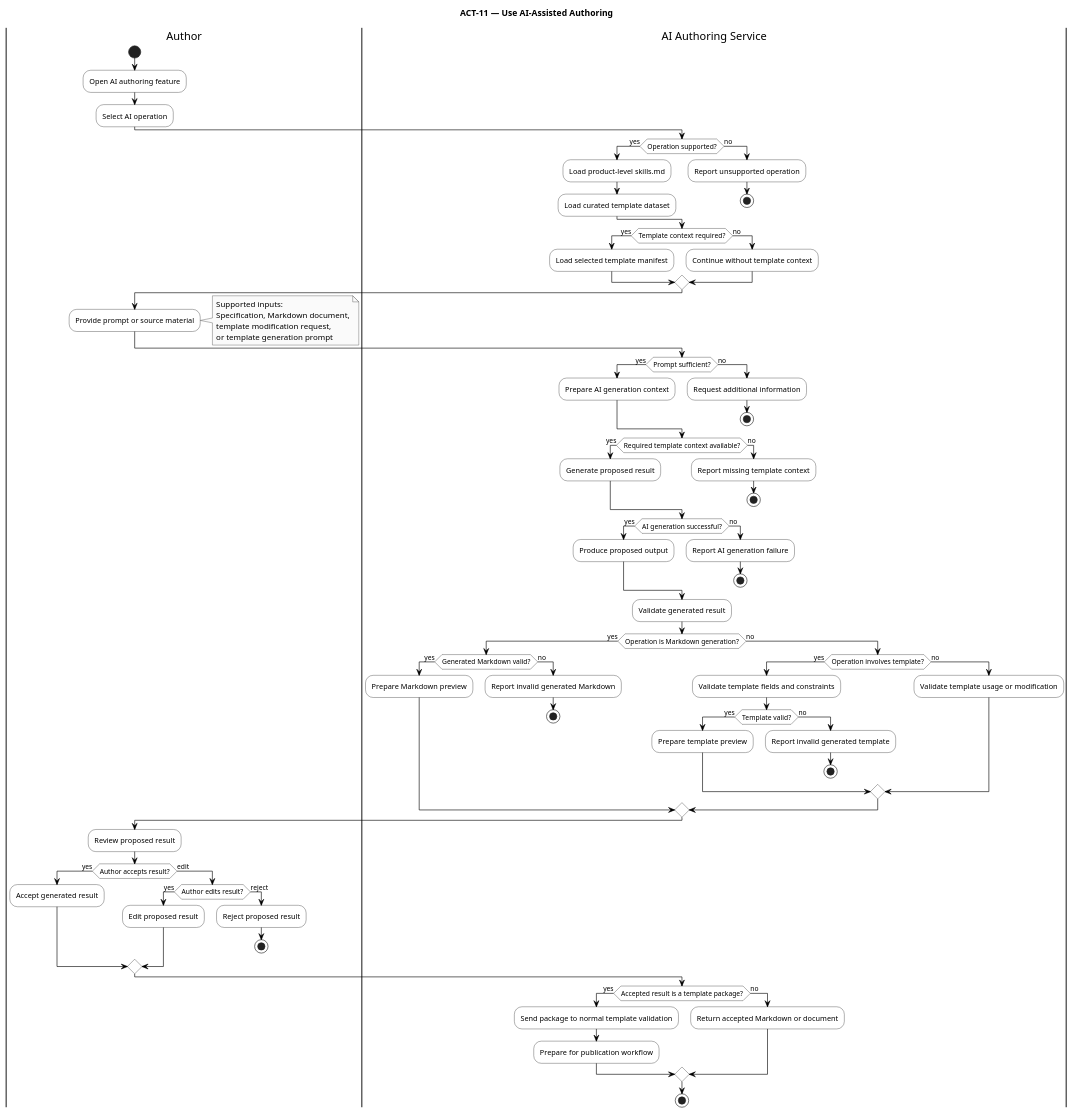
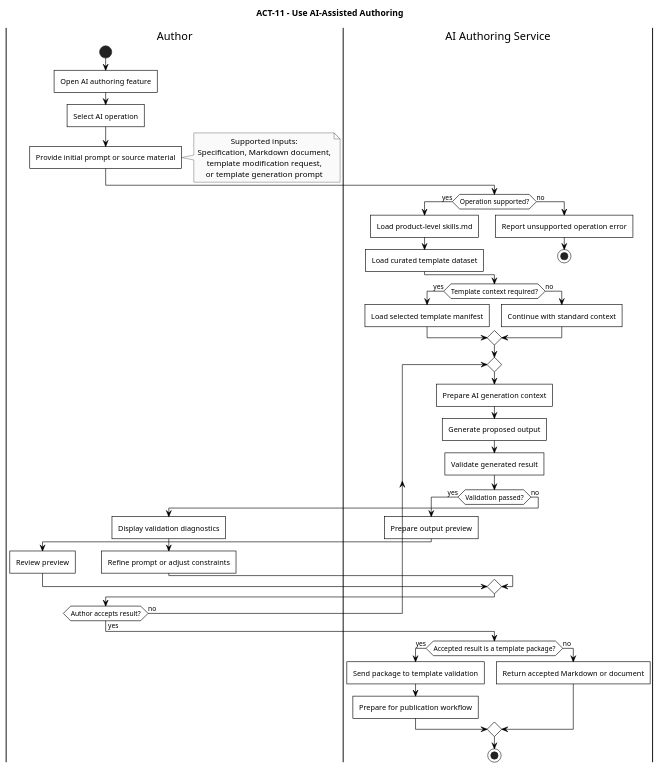
The diagram in diagrams/puml/activity/11-ai-authoring.puml (Litho-MD/uet-fyp-docs), drawn with PlantUML before and after one commit. The commit also changed 15 other files, not shown here.

Commit message:
feat(diagrams): harmonize AI authoring, security review, and MCP diagrams with diamond loops, clean exits, and sequence modeling

```diff
--- a/diagrams/puml/activity/11-ai-authoring.puml
+++ b/diagrams/puml/activity/11-ai-authoring.puml
@@ -1,112 +1,73 @@
 @startuml
-title ACT-11 — Use AI-Assisted Authoring
+title ACT-11 - Use AI-Assisted Authoring
 
 skinparam monochrome true
 skinparam backgroundColor white
 skinparam shadowing false
+skinparam roundCorner 0
+skinparam defaultTextAlignment center
+skinparam ArrowColor black
+skinparam defaultFontColor black
+skinparam activityBorderThickness 1
 skinparam activity {
     BackgroundColor white
     BorderColor black
     FontColor black
     DiamondBackgroundColor white
     DiamondBorderColor black
 }
-skinparam ArrowColor black
-skinparam defaultFontColor black
 
 |Author|
 start
 :Open AI authoring feature;
 :Select AI operation;
-
-|AI Authoring Service|
-if (Operation supported?) then (yes)
-    :Load product-level skills.md;
-    :Load curated template dataset;
-else (no)
-    :Report unsupported operation;
-    stop
-endif
-
-if (Template context required?) then (yes)
-    :Load selected template manifest;
-else (no)
-    :Continue without template context;
-endif
-
-|Author|
-:Provide prompt or source material;
+:Provide initial prompt or source material;
 note right
     Supported inputs:
     Specification, Markdown document,
     template modification request,
     or template generation prompt
 end note
 
 |AI Authoring Service|
-if (Prompt sufficient?) then (yes)
-    :Prepare AI generation context;
+if (Operation supported?) then (yes)
+    :Load product-level skills.md;
+    :Load curated template dataset;
 else (no)
-    :Request additional information;
+    :Report unsupported operation error;
     stop
 endif
 
-if (Required template context available?) then (yes)
-    :Generate proposed result;
+if (Template context required?) then (yes)
+    :Load selected template manifest;
 else (no)
-    :Report missing template context;
-    stop
+    :Continue with standard context;
 endif
 
-if (AI generation successful?) then (yes)
-    :Produce proposed output;
-else (no)
-    :Report AI generation failure;
-    stop
-endif
+repeat
+    |AI Authoring Service|
+    :Prepare AI generation context;
+    :Generate proposed output;
+    :Validate generated result;
 
-:Validate generated result;
-if (Operation is Markdown generation?) then (yes)
-    if (Generated Markdown valid?) then (yes)
-        :Prepare Markdown preview;
+    if (Validation passed?) then (yes)
+        :Prepare output preview;
+        |Author|
+        :Review preview;
     else (no)
-        :Report invalid generated Markdown;
-        stop
+        :Display validation diagnostics;
+        |Author|
+        :Refine prompt or adjust constraints;
     endif
-else (no)
-    if (Operation involves template?) then (yes)
-        :Validate template fields and constraints;
-        if (Template valid?) then (yes)
-            :Prepare template preview;
-        else (no)
-            :Report invalid generated template;
-            stop
-        endif
-    else (no)
-        :Validate template usage or modification;
-    endif
-endif
-
-|Author|
-:Review proposed result;
-if (Author accepts result?) then (yes)
-    :Accept generated result;
-else (edit)
-    if (Author edits result?) then (yes)
-        :Edit proposed result;
-    else (reject)
-        :Reject proposed result;
-        stop
-    endif
-endif
+repeat while (Author accepts result?) is (no) not (yes)
 
 |AI Authoring Service|
 if (Accepted result is a template package?) then (yes)
-    :Send package to normal template validation;
+    :Send package to template validation;
     :Prepare for publication workflow;
 else (no)
     :Return accepted Markdown or document;
 endif
 
 stop
 @enduml
```
